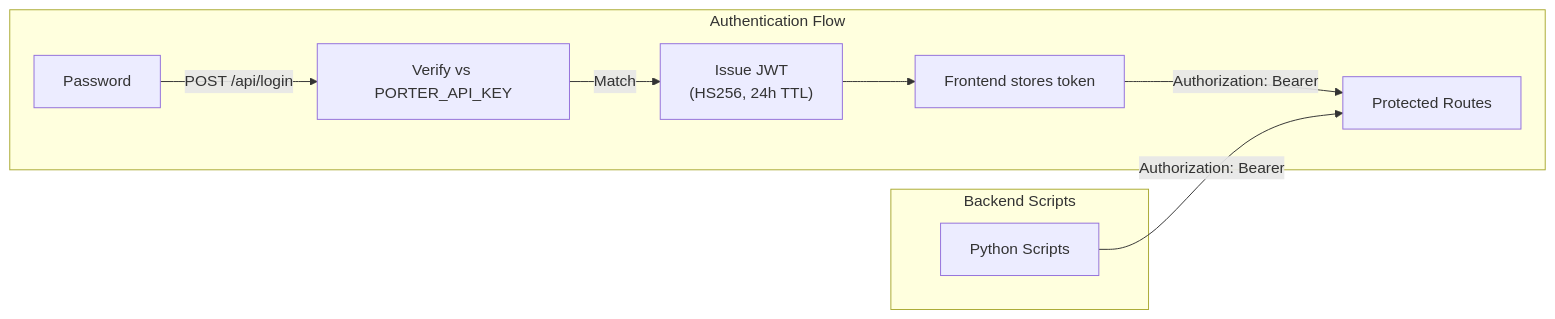
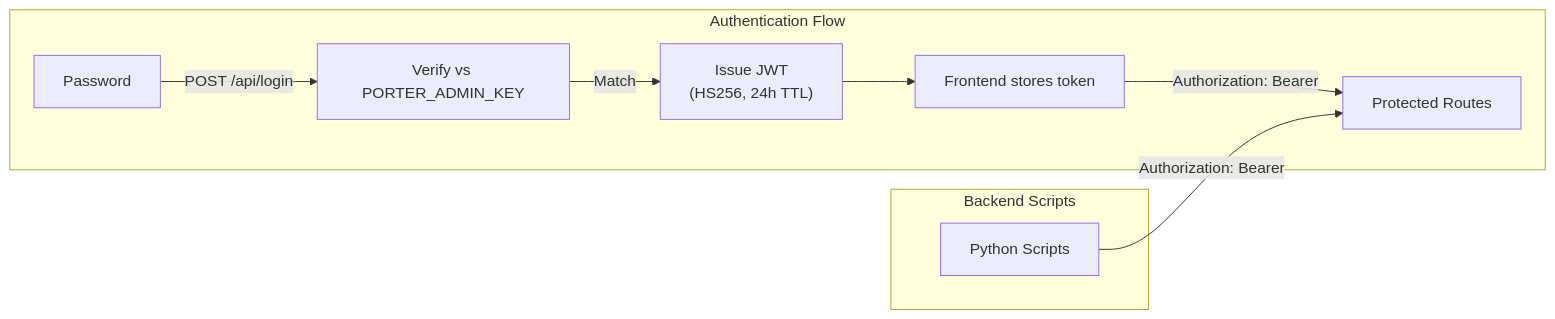
Before and after one commit to Zebfred/Agentic_personal_porter: the seventh of 8 diagrams in Documentation/architecture/SYSTEM_ARCHITECTURE_apr12.md, drawn with Mermaid. The commit also changed other lines of this file and 22 other files, not shown here.

````diff
--- a/Documentation/architecture/SYSTEM_ARCHITECTURE_apr12.md
+++ b/Documentation/architecture/SYSTEM_ARCHITECTURE_apr12.md
@@ -292,13 +292,13 @@
 ```mermaid
 graph LR
     subgraph "Authentication Flow"
-        PW["Password"] -->|"POST /api/login"| VER["Verify vs PORTER_API_KEY"]
+        PW["Password"] -->|"POST /api/login"| VER["Verify vs PORTER_ADMIN_KEY"]
         VER -->|"Match"| JWT["Issue JWT<br/>(HS256, 24h TTL)"]
         JWT --> FE["Frontend stores token"]
         FE -->|"Authorization: Bearer <token>"| API["Protected Routes"]
     end
     
     subgraph "Backend Scripts"
         SCR["Python Scripts"] -->|"Authorization: Bearer <API_KEY>"| API
     end
 ```
````
